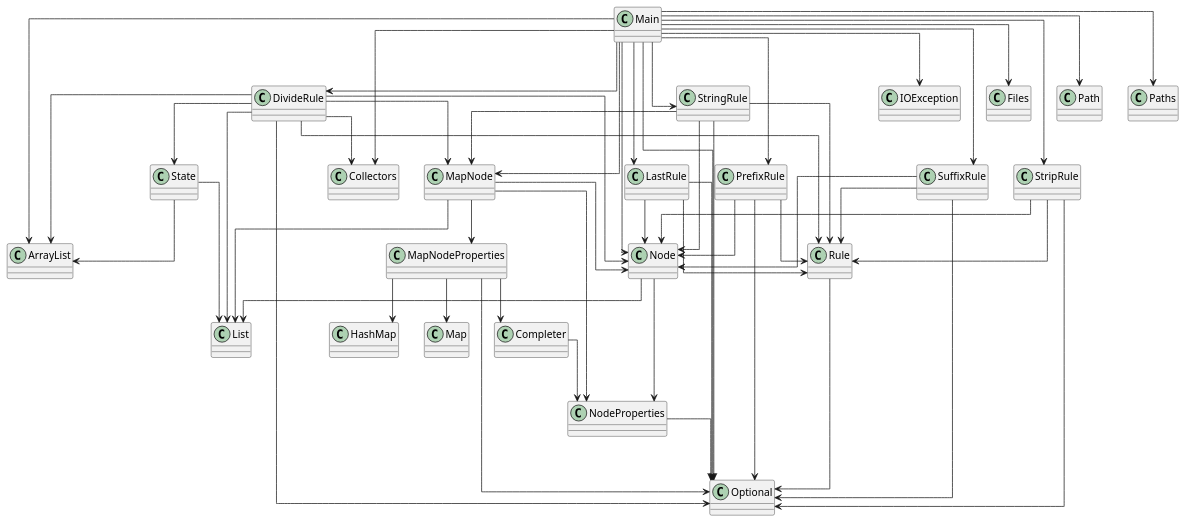
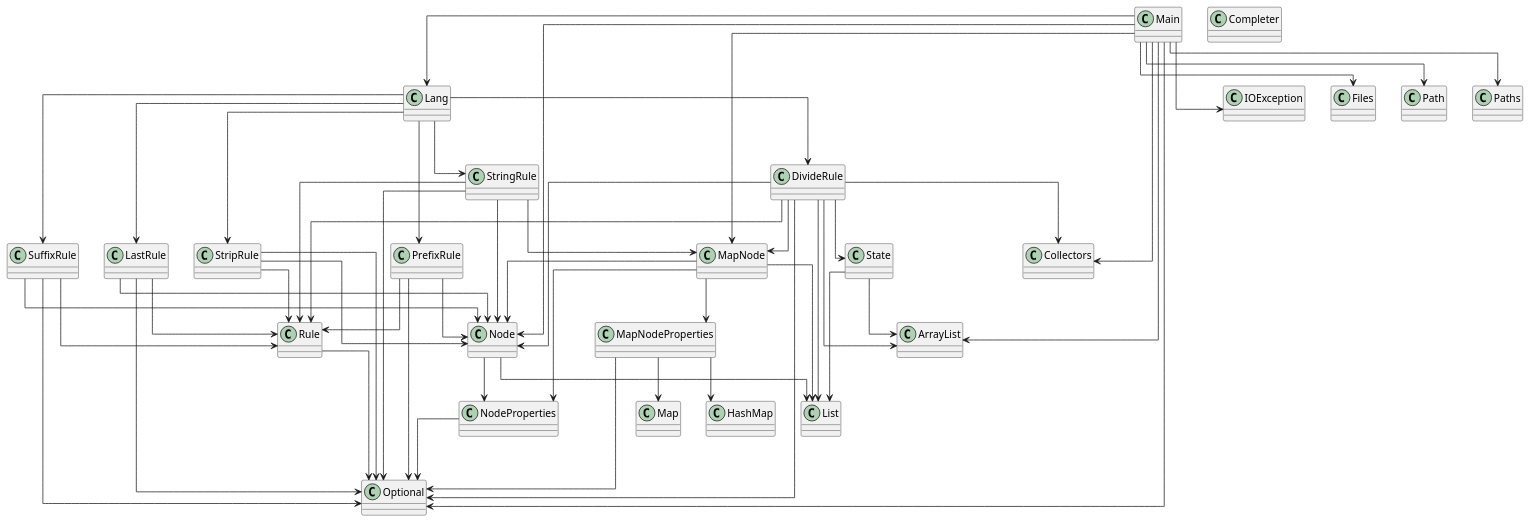
The diagram in diagram.puml (SirMathhman/Magma), drawn with PlantUML before and after one commit. The commit also changed 2 other files, not shown here.

```diff
--- a/diagram.puml
+++ b/diagram.puml
@@ -1,71 +1,71 @@
 @startuml
 skinparam linetype ortho
 class MapNodeProperties
-MapNodeProperties --> Completer
 MapNodeProperties --> HashMap
 MapNodeProperties --> Map
 MapNodeProperties --> Optional
 class Node
 Node --> NodeProperties
 Node --> List
 class NodeProperties
 NodeProperties --> Optional
 class Rule
 Rule --> Optional
 class Completer
-Completer --> NodeProperties
+class Lang
+Lang --> DivideRule
+Lang --> LastRule
+Lang --> PrefixRule
+Lang --> StringRule
+Lang --> StripRule
+Lang --> SuffixRule
 class LastRule
 LastRule --> Node
 LastRule --> Rule
 LastRule --> Optional
 class DivideRule
 DivideRule --> MapNode
 DivideRule --> Node
 DivideRule --> Rule
 DivideRule --> State
 DivideRule --> ArrayList
 DivideRule --> List
 DivideRule --> Optional
 DivideRule --> Collectors
 class PrefixRule
 PrefixRule --> Node
 PrefixRule --> Rule
 PrefixRule --> Optional
 class StringRule
 StringRule --> MapNode
 StringRule --> Node
 StringRule --> Rule
 StringRule --> Optional
 class SuffixRule
 SuffixRule --> Node
 SuffixRule --> Rule
 SuffixRule --> Optional
 class StripRule
 StripRule --> Node
 StripRule --> Rule
 StripRule --> Optional
 class Main
+Main --> Lang
+Main --> Node
 Main --> MapNode
-Main --> Node
-Main --> DivideRule
-Main --> LastRule
-Main --> PrefixRule
-Main --> StringRule
-Main --> StripRule
-Main --> SuffixRule
 Main --> IOException
 Main --> Files
 Main --> Path
 Main --> Paths
 Main --> ArrayList
 Main --> Optional
 Main --> Collectors
 class MapNode
 MapNode --> Node
 MapNode --> MapNodeProperties
 MapNode --> NodeProperties
 MapNode --> List
 class State
 State --> ArrayList
 State --> List
 @enduml
```
